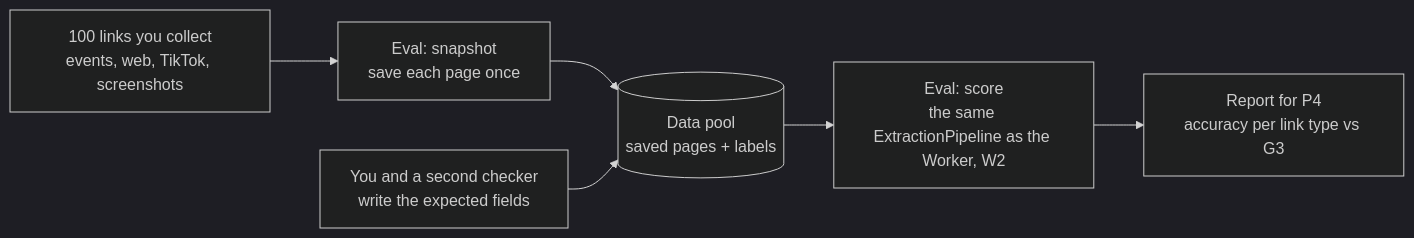
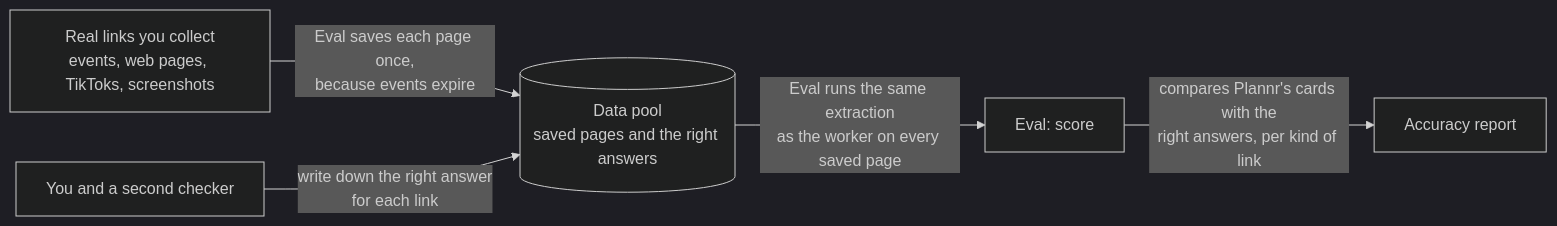
Diagram 13 of 13 in docs/architecture.md (SunchokePasta/Plannr), drawn with Mermaid (dark theme) before and after one commit. The commit also changed other lines of this file and 3 other files, not shown here.

First line of the commit message:
Rewrite the architecture page around a glossary and labelled steps

````diff
--- a/docs/architecture.md
+++ b/docs/architecture.md
@@ -425,8 +434,7 @@
 ```mermaid
 flowchart LR
-  links["100 links you collect<br/>events, web, TikTok, screenshots"] --> snap["Eval: snapshot<br/>save each page once"]
-  snap --> pool[("Data pool<br/>saved pages + labels")]
-  label["You and a second checker<br/>write the expected fields"] --> pool
-  pool --> score["Eval: score<br/>the same ExtractionPipeline as the Worker, W2"]
-  score --> report["Report for P4<br/>accuracy per link type vs G3"]
+  links["Real links you collect<br/>events, web pages, TikToks, screenshots"] -->|"Eval saves each page once,<br/>because events expire"| pool[("Data pool<br/>saved pages and the right answers")]
+  label["You and a second checker"] -->|"write down the right answer<br/>for each link"| pool
+  pool -->|"Eval runs the same extraction<br/>as the worker on every saved page"| score["Eval: score"]
+  score -->|"compares Plannr's cards with the<br/>right answers, per kind of link"| report["Accuracy report"]
 ```
````
